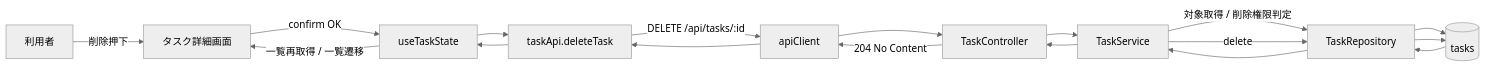
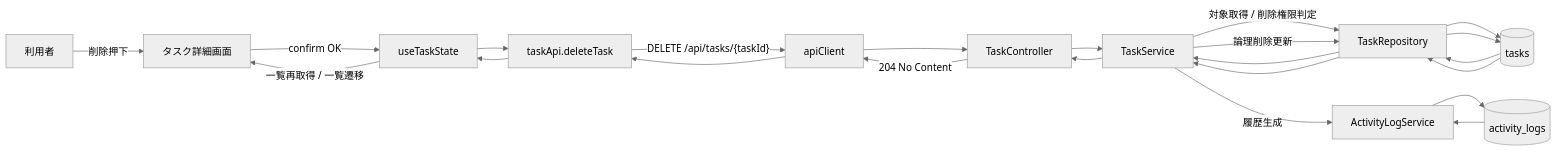
One commit to kitune-udon/task-manager-app changed diagram 11 of 28 in docs/01_設計/08_データフロー図設計書.md. Above: the diagram before and after it, drawn with Mermaid (neutral theme). The commit also changed other lines of this file and 10 other files, not shown here.

````diff
--- a/docs/01_設計/08_データフロー図設計書.md
+++ b/docs/01_設計/08_データフロー図設計書.md
@@ -623,30 +750,37 @@
 ```mermaid
 flowchart LR
     U["利用者"]
     DP["タスク詳細画面"]
     TS["useTaskState"]
     TA["taskApi.deleteTask"]
     AC["apiClient"]
     TC["TaskController"]
     SV["TaskService"]
     TR["TaskRepository"]
-    DB[("tasks")]
+    AL["ActivityLogService"]
+    DB1[("tasks")]
+    DB2[("activity_logs")]
 
     U -->|"削除押下"| DP
     DP -->|"confirm OK"| TS
     TS --> TA
-    TA -->|"DELETE /api/tasks/:id"| AC
+    TA -->|"DELETE /api/tasks/{taskId}"| AC
     AC --> TC
     TC --> SV
     SV -->|"対象取得 / 削除権限判定"| TR
-    TR --> DB
-    DB --> TR
+    TR --> DB1
+    DB1 --> TR
     TR --> SV
-    SV -->|"delete"| TR
-    TR --> DB
+    SV -->|"論理削除更新"| TR
+    TR --> DB1
+    DB1 --> TR
+    TR --> SV
+    SV -->|"履歴生成"| AL
+    AL --> DB2
+    DB2 --> AL
     SV --> TC
     TC -->|"204 No Content"| AC
     AC --> TA
     TA --> TS
     TS -->|"一覧再取得 / 一覧遷移"| DP
 ```
````
